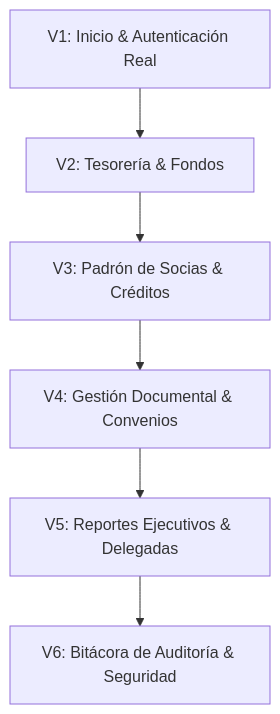
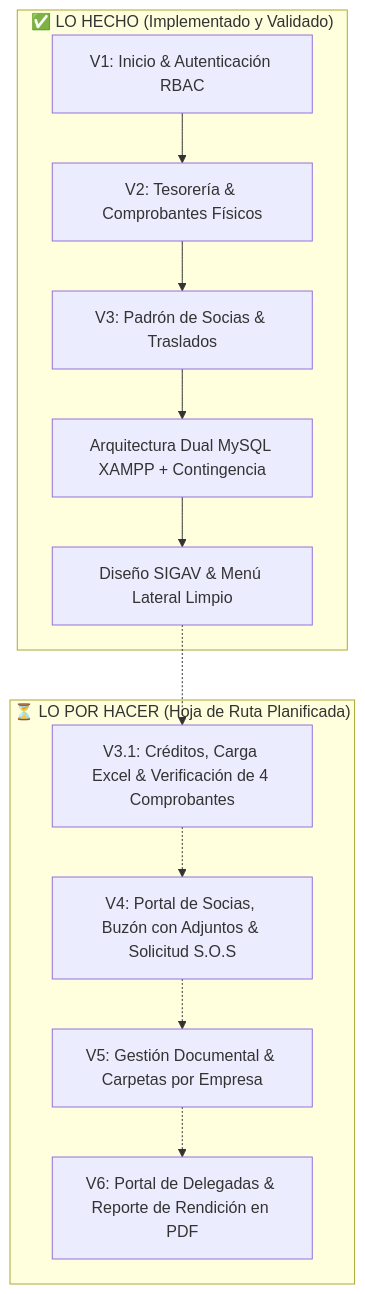
One commit to swix14/dashboard changed the diagram in README.md. Above: the diagram before and after it, drawn with Mermaid. The commit also changed other lines of this file, not shown here.

Commit message:
docs: actualizar README con estado detallado de lo hecho y hoja de ruta por hacer

````diff
--- a/README.md
+++ b/README.md
@@ -39,8 +38,26 @@
 ```mermaid
 graph TD
-    V1[V1: Inicio & Autenticación Real] --> V2[V2: Tesorería & Fondos]
-    V2 --> V3[V3: Padrón de Socias & Créditos]
-    V3 --> V4[V4: Gestión Documental & Convenios]
-    V4 --> V5[V5: Reportes Ejecutivos & Delegadas]
-    V5 --> V6[V6: Bitácora de Auditoría & Seguridad]
+    subgraph Hecho ["✅ LO HECHO (Implementado y Validado)"]
+        V1["V1: Inicio & Autenticación RBAC"]
+        V2["V2: Tesorería & Comprobantes Físicos"]
+        V3["V3: Padrón de Socias & Traslados"]
+        ARCH["Arquitectura Dual MySQL XAMPP + Contingencia"]
+        UI["Diseño SIGAV & Menú Lateral Limpio"]
+    end
+
+    subgraph PorHacer ["⏳ LO POR HACER (Hoja de Ruta Planificada)"]
+        V31["V3.1: Créditos, Carga Excel & Verificación de 4 Comprobantes"]
+        V4["V4: Portal de Socias, Buzón con Adjuntos & Solicitud S.O.S"]
+        V5["V5: Gestión Documental & Carpetas por Empresa"]
+        V6["V6: Portal de Delegadas & Reporte de Rendición en PDF"]
+    end
+
+    V1 --> V2
+    V2 --> V3
+    V3 --> ARCH
+    ARCH --> UI
+    UI -.-> V31
+    V31 -.-> V4
+    V4 -.-> V5
+    V5 -.-> V6
 ```
````
